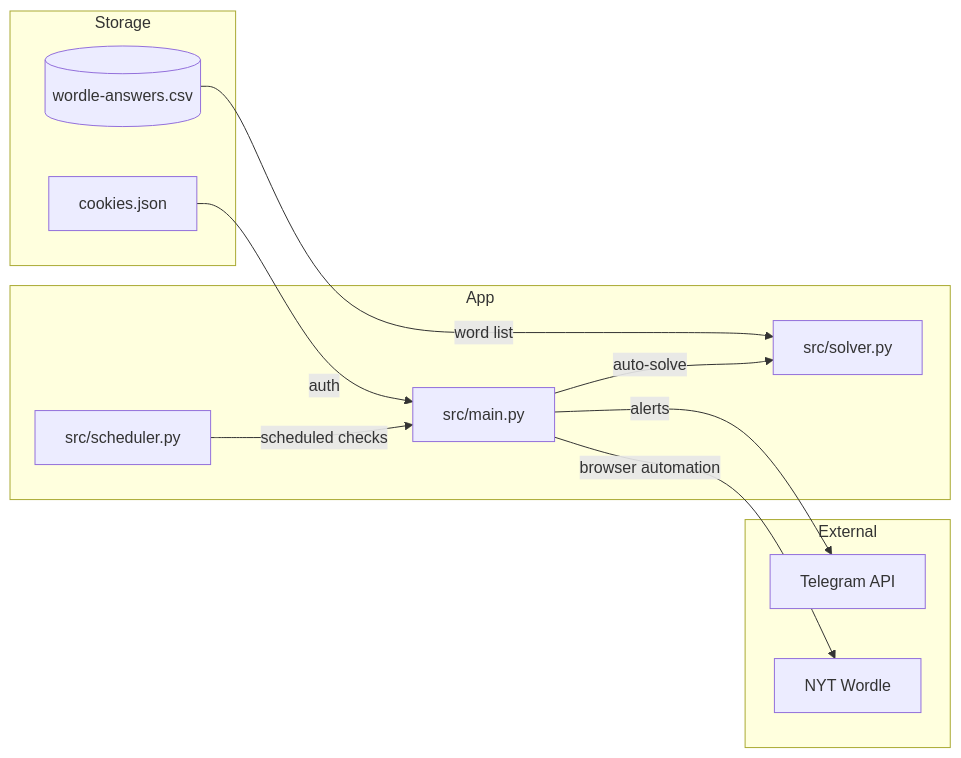
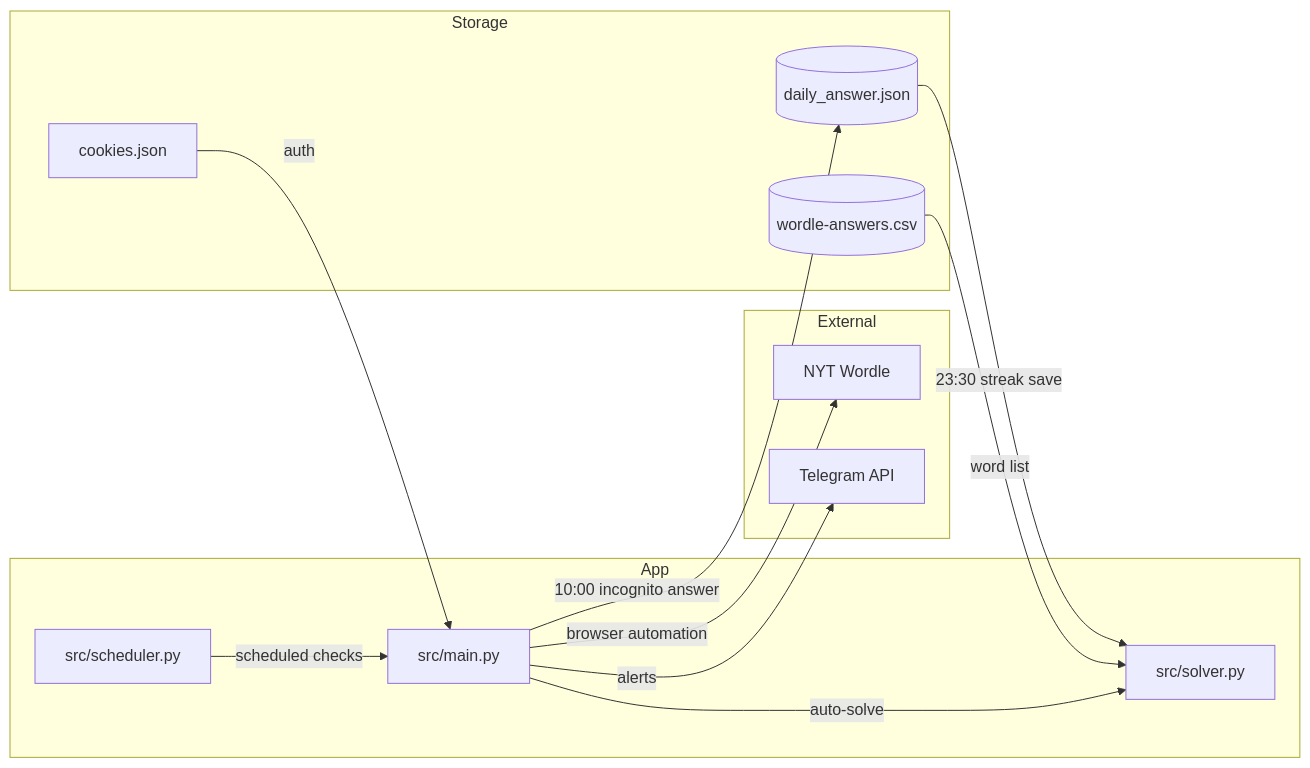
One commit to momonala/wordle-alarm changed the diagram in README.md. Above: the diagram before and after it, drawn with Mermaid. The commit also changed other lines of this file and 3 other files, not shown here.

First line of the commit message:
feat: report failed solves and reuse the day's answer to save the streak

````diff
--- a/README.md
+++ b/README.md
@@ -101,23 +114,26 @@
 ```mermaid
 flowchart LR
     subgraph External
         NYT[NYT Wordle]
         TG[Telegram API]
     end
     subgraph Storage
         CSV[(wordle-answers.csv)]
         Cookies[cookies.json]
+        Answer[(daily_answer.json)]
     end
     subgraph App
         Scheduler[src/scheduler.py]
         Main[src/main.py]
         Solver[src/solver.py]
     end
 
     Scheduler -->|scheduled checks| Main
     Cookies -->|auth| Main
+    Main -->|10:00 incognito answer| Answer
+    Answer -->|23:30 streak save| Solver
     Main -->|browser automation| NYT
     Main -->|alerts| TG
     CSV -->|word list| Solver
     Main -->|auto-solve| Solver
 ```
````
